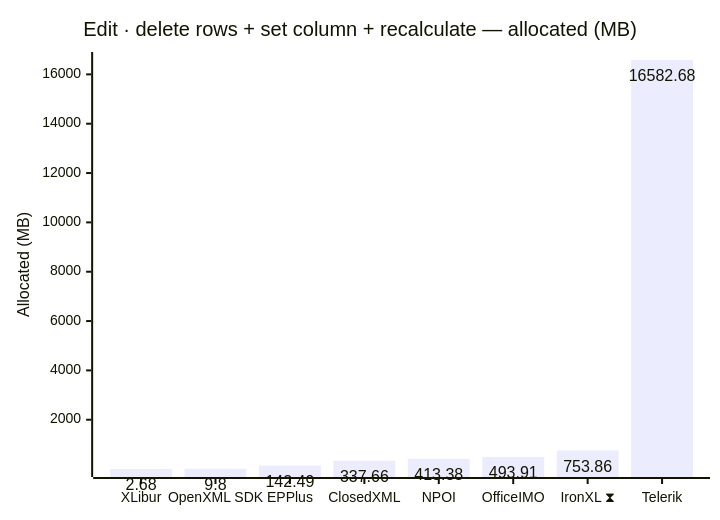
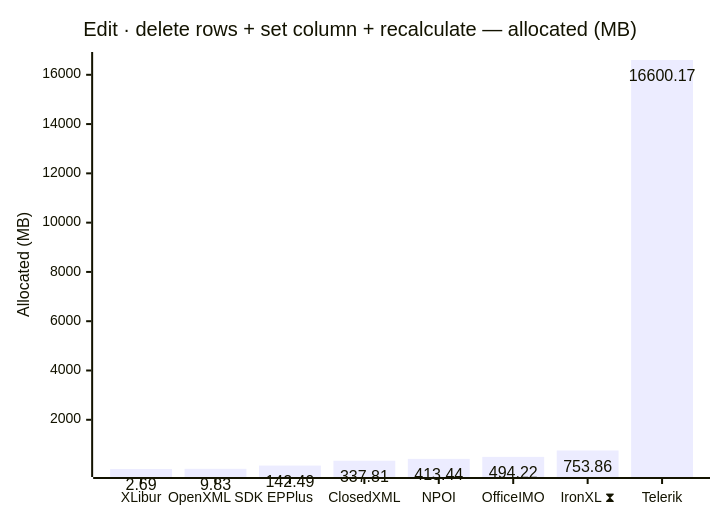
One commit to jafin/XLBench changed diagram 12 of 18 in docs/results.md. Above: the diagram before and after it, drawn with Mermaid. The commit also changed other lines of this file and 2 other files, not shown here.

````diff
--- a/docs/results.md
+++ b/docs/results.md
@@ -159,12 +185,12 @@
 ```mermaid
 ---
 config:
   xyChart:
     showDataLabel: true
 ---
 xychart-beta
     title "Edit · delete rows + set column + recalculate — allocated (MB)"
     x-axis ["XLibur", "OpenXML SDK", "EPPlus", "ClosedXML", "NPOI", "OfficeIMO", "IronXL ⧗", "Telerik"]
     y-axis "Allocated (MB)"
-    bar [2.68, 9.8, 142.49, 337.66, 413.38, 493.91, 753.86, 16582.68]
+    bar [2.69, 9.83, 142.49, 337.81, 413.44, 494.22, 753.86, 16600.17]
 ```
````
